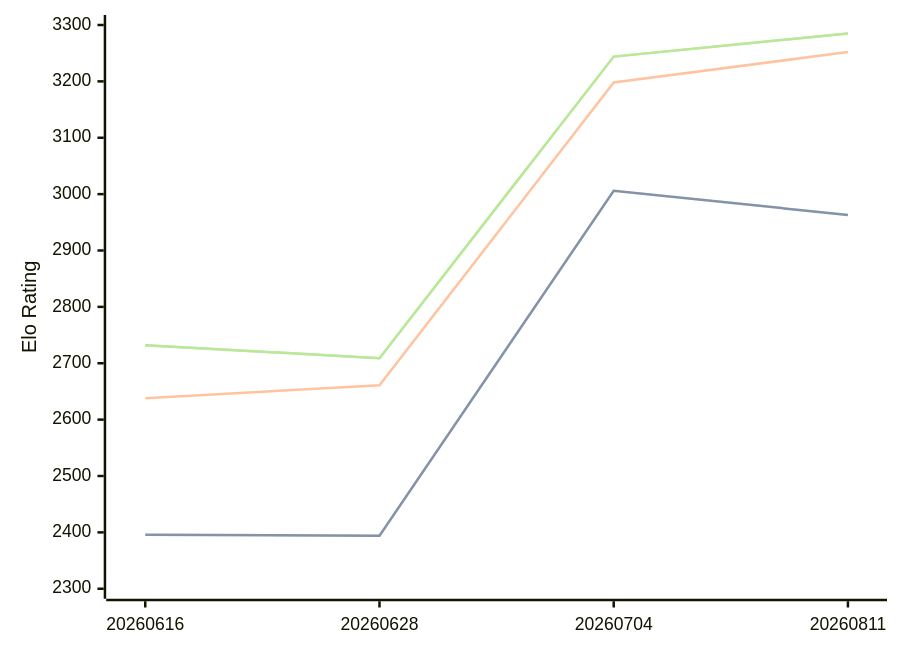
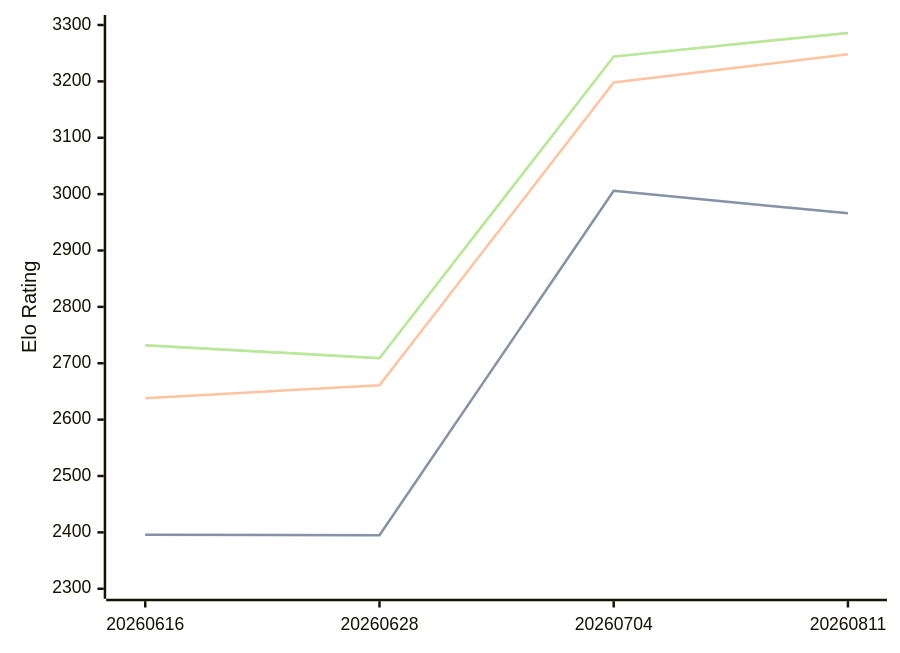
The diagram in engines/Askaig.md (computer-chess-index/cci), drawn with Mermaid before and after one commit. The commit also changed other lines of this file, not shown here.

Commit message:
Update CCI Ratings (ELO VLTC) - 2026-08-17

````diff
--- a/engines/Askaig.md
+++ b/engines/Askaig.md
@@ -36,11 +36,11 @@
 ```mermaid
 %%{init: {"theme":"base","themeVariables":{"seriesColors:['#a3a3a3','#222221','#faa371']}}}%%
 xychart-beta
   x-axis ["20260616", "20260628", "20260704", "20260811"]
   y-axis "Elo Rating" 2300 --> 3300
-  line "STC (8.0+0.08s)" [2396, 2394, 3006, 2963]
-  line "STC (8.0+0.08s)" [2396, 2394, 3006, 2963]
-  line "LTC (60.0+0.60s)" [2638, 2661, 3198, 3252]
-  line "VLTC (2m24s+1.12s)" [2732, 2709, 3244, 3285]
-  line "VLTC (2m24s+1.12s)" [2732, 2709, 3244, 3285]
+  line "STC (8.0+0.08s)" [2396, 2395, 3006, 2966]
+  line "STC (8.0+0.08s)" [2396, 2395, 3006, 2966]
+  line "LTC (60.0+0.60s)" [2638, 2661, 3198, 3248]
+  line "VLTC (2m24s+1.12s)" [2732, 2709, 3244, 3286]
+  line "VLTC (2m24s+1.12s)" [2732, 2709, 3244, 3286]
 ```
````
